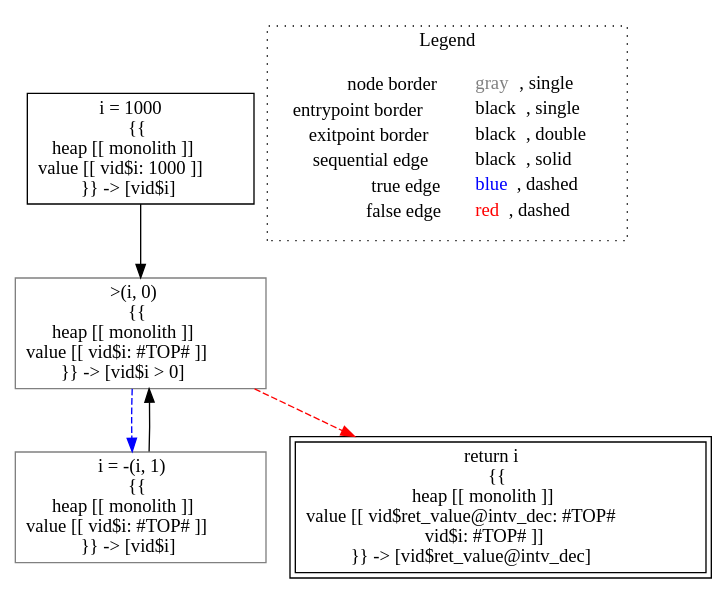
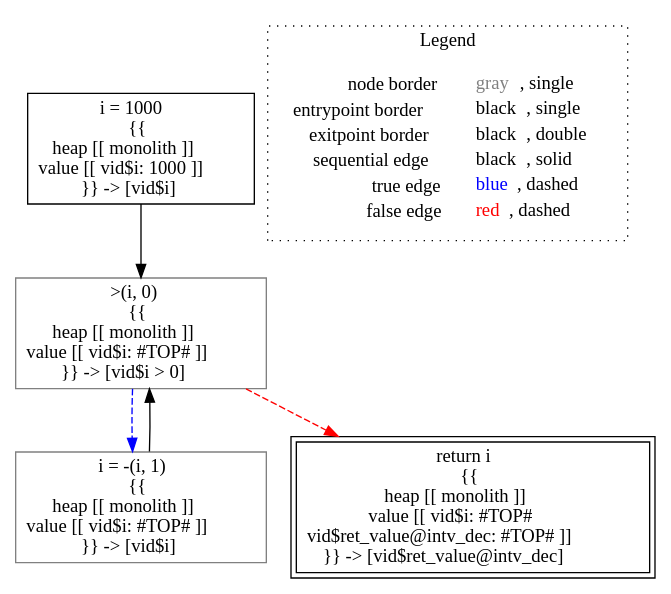
Before and after one commit to lisa-analyzer/lisa: the diagram in lisa/imp-testcases/int-const/analysis___untyped_tutorial.intv_dec().dot, drawn with Graphviz. The commit also changed 29 other files, not shown here.

```diff
--- a/lisa/imp-testcases/int-const/analysis___untyped_tutorial.intv_dec().dot
+++ b/lisa/imp-testcases/int-const/analysis___untyped_tutorial.intv_dec().dot
@@ -1,17 +1,17 @@
 digraph {
 	"node0" [shape="rect",color="black",label=<i = 1000<BR/>{{<BR/>heap [[ monolith ]]<BR/>value [[ vid$i: 1000 ]]<BR/>}} -&gt; [vid$i]>];
-	"node1" [shape="rect",color="gray",label=<i = -(i, 1)<BR/>{{<BR/>heap [[ monolith ]]<BR/>value [[ vid$i: #TOP# ]]<BR/>}} -&gt; [vid$i]>];
-	"node2" [shape="rect",color="gray",label=<&gt;(i, 0)<BR/>{{<BR/>heap [[ monolith ]]<BR/>value [[ vid$i: #TOP# ]]<BR/>}} -&gt; [vid$i &gt; 0]>];
-	"node3" [shape="rect",color="black",peripheries="2",label=<return i<BR/>{{<BR/>heap [[ monolith ]]<BR/>value [[ vid$ret_value@intv_dec: #TOP#<BR/>vid$i: #TOP# ]]<BR/>}} -&gt; [vid$ret_value@intv_dec]>];
-	"node1" -> "node2" [color="black"];
-	"node0" -> "node2" [color="black"];
-	"node2" -> "node1" [color="blue",style="dashed"];
-	"node2" -> "node3" [color="red",style="dashed"];
+	"node1" [shape="rect",color="gray",label=<&gt;(i, 0)<BR/>{{<BR/>heap [[ monolith ]]<BR/>value [[ vid$i: #TOP# ]]<BR/>}} -&gt; [vid$i &gt; 0]>];
+	"node2" [shape="rect",color="gray",label=<i = -(i, 1)<BR/>{{<BR/>heap [[ monolith ]]<BR/>value [[ vid$i: #TOP# ]]<BR/>}} -&gt; [vid$i]>];
+	"node3" [shape="rect",color="black",peripheries="2",label=<return i<BR/>{{<BR/>heap [[ monolith ]]<BR/>value [[ vid$i: #TOP#<BR/>vid$ret_value@intv_dec: #TOP# ]]<BR/>}} -&gt; [vid$ret_value@intv_dec]>];
+	"node1" -> "node2" [color="blue",style="dashed"];
+	"node1" -> "node3" [color="red",style="dashed"];
+	"node2" -> "node1" [color="black"];
+	"node0" -> "node1" [color="black"];
 subgraph cluster_legend {
 	label="Legend";
 	style=dotted;
 	node [shape=plaintext];
 	"legend" [label=<<table border="0" cellpadding="2" cellspacing="0" cellborder="0"><tr><td align="right">node border&nbsp;</td><td align="left"><font color="gray">gray</font>, single</td></tr><tr><td align="right">entrypoint border&nbsp;</td><td align="left"><font color="black">black</font>, single</td></tr><tr><td align="right">exitpoint border&nbsp;</td><td align="left"><font color="black">black</font>, double</td></tr><tr><td align="right">sequential edge&nbsp;</td><td align="left"><font color="black">black</font>, solid</td></tr><tr><td align="right">true edge&nbsp;</td><td align="left"><font color="blue">blue</font>, dashed</td></tr><tr><td align="right">false edge&nbsp;</td><td align="left"><font color="red">red</font>, dashed</td></tr></table>>];
 }
 
 }
```
